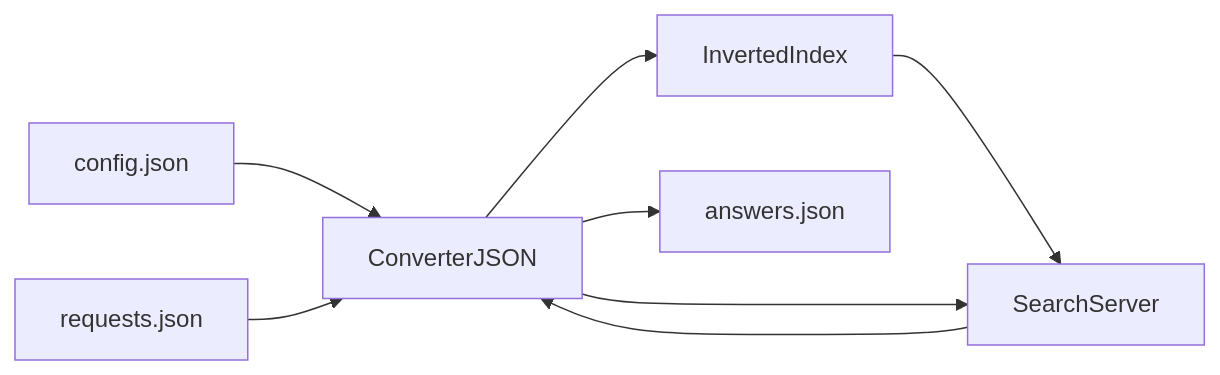
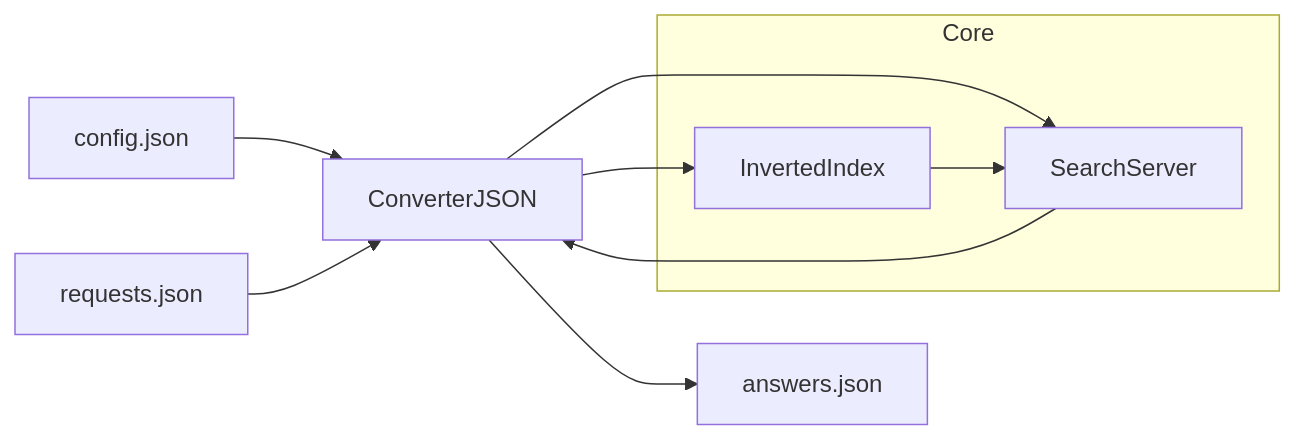
One commit to DimaE001/search_engine changed the diagram in README.md. Above: the diagram before and after it, drawn with Mermaid.

````diff
--- a/README.md
+++ b/README.md
@@ -139,21 +139,17 @@
 ```mermaid
 flowchart LR
 
-ConfigJSON[config.json]
-RequestsJSON[requests.json]
+ConfigJSON[config.json] --> ConverterJSON[ConverterJSON]
+RequestsJSON[requests.json] --> ConverterJSON
 
-ConverterJSON
-InvertedIndex
-SearchServer
-AnswersJSON[answers.json]
-
-ConfigJSON --> ConverterJSON
-RequestsJSON --> ConverterJSON
+subgraph Core
+    InvertedIndex[InvertedIndex]
+    SearchServer[SearchServer]
+end
 
 ConverterJSON --> InvertedIndex
+ConverterJSON --> SearchServer
 InvertedIndex --> SearchServer
-ConverterJSON --> SearchServer
-
 SearchServer --> ConverterJSON
-ConverterJSON --> AnswersJSON
+ConverterJSON --> AnswersJSON[answers.json]
 ```
````
